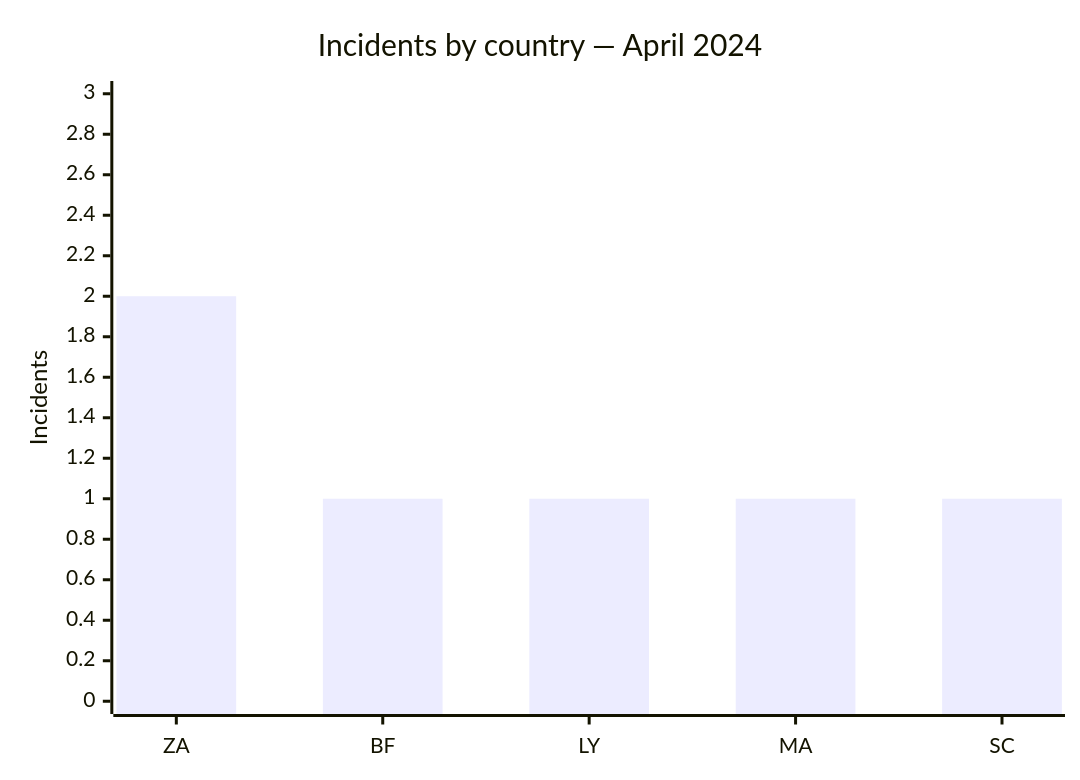
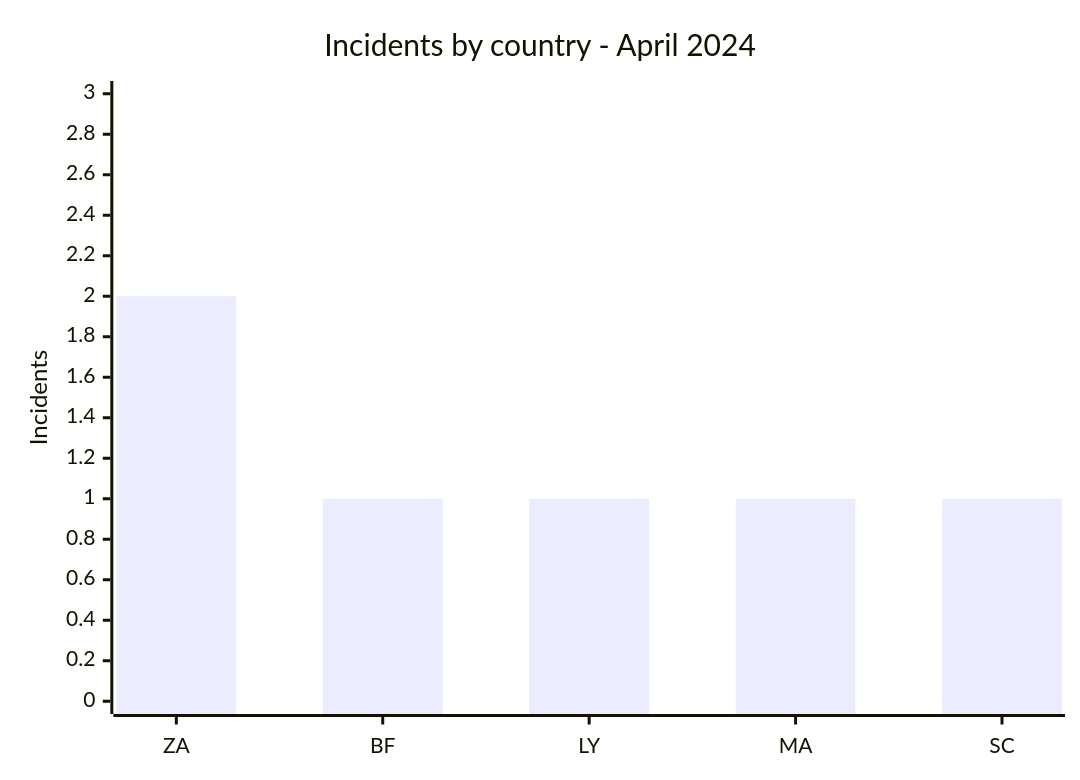
The first of 2 diagrams in CyberAttackAfrica/2024/04-april/README.md (Hatchepsoute/AFRINTEL), drawn with Mermaid before and after one commit. The commit also changed other lines of this file and 182 other files, not shown here.

````diff
--- a/CyberAttackAfrica/2024/04-april/README.md
+++ b/CyberAttackAfrica/2024/04-april/README.md
@@ -44,7 +44,7 @@
 ```mermaid
 xychart
-    title "Incidents by country — April 2024"
+    title "Incidents by country - April 2024"
     x-axis ["ZA","BF","LY","MA","SC"]
     y-axis "Incidents" 0 --> 3
     bar [2,1,1,1,1]
 ```
````
